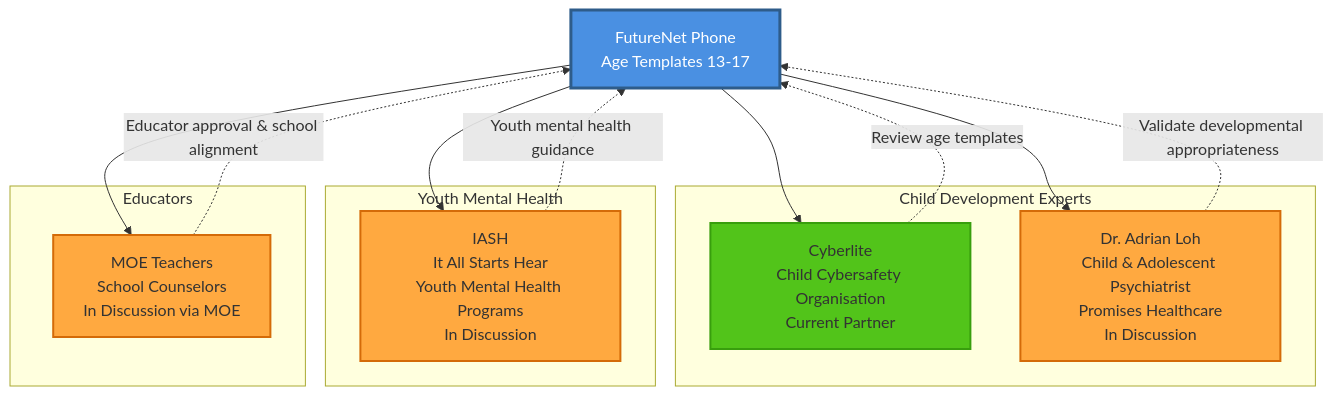
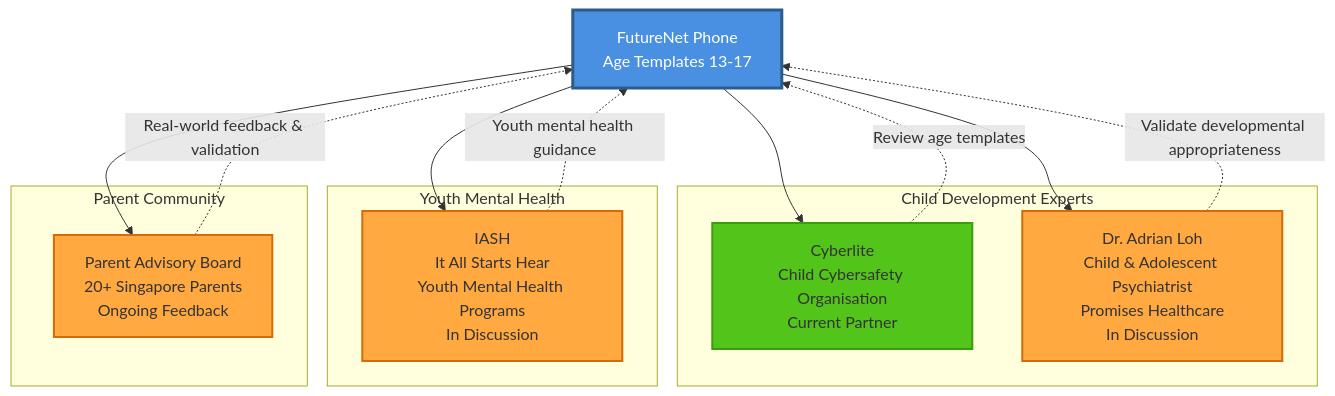
The diagram in docs/proposals/preseed-pitch-deck-futurenet-phone.md (ragTechDev/futurenet-research), drawn with Mermaid before and after one commit. The commit also changed other lines of this file and 4 other files, not shown here.

````diff
--- a/docs/proposals/preseed-pitch-deck-futurenet-phone.md
+++ b/docs/proposals/preseed-pitch-deck-futurenet-phone.md
@@ -141,33 +360,33 @@
 ```mermaid
 graph TB
     FutureNet[FutureNet Phone<br/>Age Templates 13-17]
     
     subgraph "Child Development Experts"
         Cyberlite[Cyberlite<br/>Child Cybersafety Organisation<br/>Current Partner]
         Psychiatrist[Dr. Adrian Loh<br/>Child & Adolescent Psychiatrist<br/>Promises Healthcare<br/>In Discussion]
     end
     
     subgraph "Youth Mental Health"
         IASH[IASH<br/>It All Starts Hear<br/>Youth Mental Health Programs<br/>In Discussion]
     end
     
-    subgraph "Educators"
-        MOE[MOE Teachers<br/>School Counselors<br/>In Discussion via MOE]
+    subgraph "Parent Community"
+        Parents[Parent Advisory Board<br/>20+ Singapore Parents<br/>Ongoing Feedback]
     end
     
     FutureNet --> Cyberlite
     FutureNet --> Psychiatrist
     FutureNet --> IASH
-    FutureNet --> MOE
+    FutureNet --> Parents
     
     Cyberlite -.->|Review age templates| FutureNet
     Psychiatrist -.->|Validate developmental appropriateness| FutureNet
     IASH -.->|Youth mental health guidance| FutureNet
-    MOE -.->|Educator approval & school alignment| FutureNet
+    Parents -.->|Real-world feedback & validation| FutureNet
     
     style FutureNet fill:#4A90E2,stroke:#2E5C8A,stroke-width:3px,color:#fff
     style Cyberlite fill:#52C41A,stroke:#389E0D,stroke-width:2px
     style Psychiatrist fill:#FFA940,stroke:#D46B08,stroke-width:2px
     style IASH fill:#FFA940,stroke:#D46B08,stroke-width:2px
-    style MOE fill:#FFA940,stroke:#D46B08,stroke-width:2px
+    style Parents fill:#FFA940,stroke:#D46B08,stroke-width:2px
 ```
````
